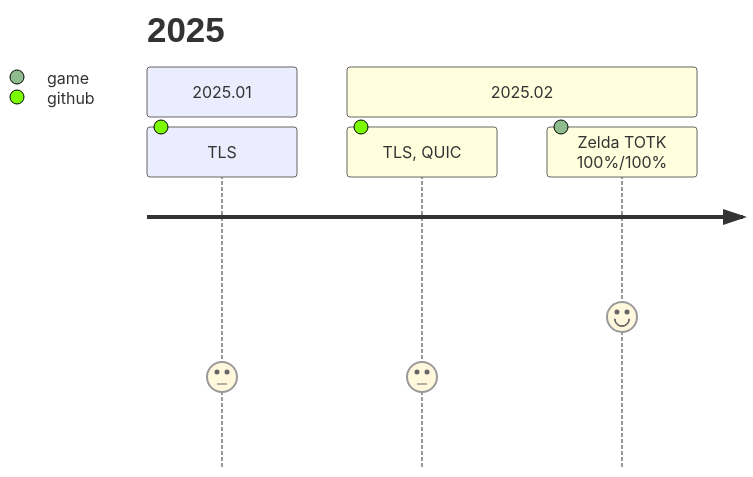
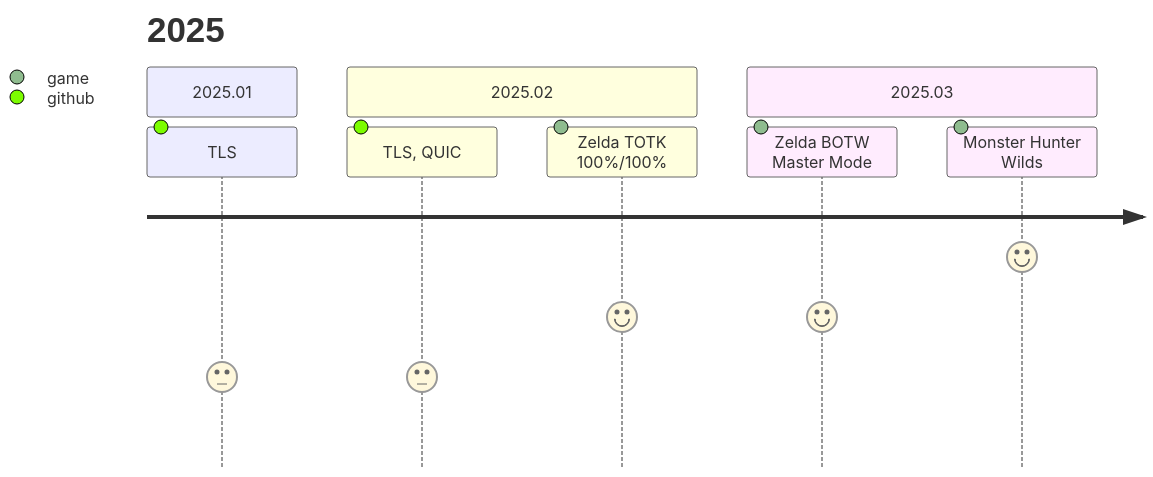
One commit to princeb612/hotplace changed the second of 4 diagrams in DEVNOTES.md. Above: the diagram before and after it, drawn with Mermaid. The commit also changed 43 other files, not shown here.

````diff
--- a/DEVNOTES.md
+++ b/DEVNOTES.md
@@ -290,9 +290,12 @@
 ```mermaid
 journey
   title 2025
   section 2025.01
     TLS:3:github
   section 2025.02
     TLS, QUIC:3:github
     Zelda TOTK 100%/100%:5:game
+  section 2025.03
+    Zelda BOTW Master Mode:5:game
+    Monster Hunter Wilds:7:game
 ```
````
